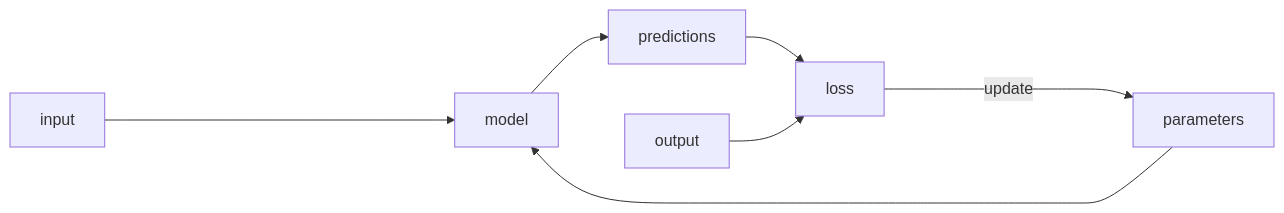
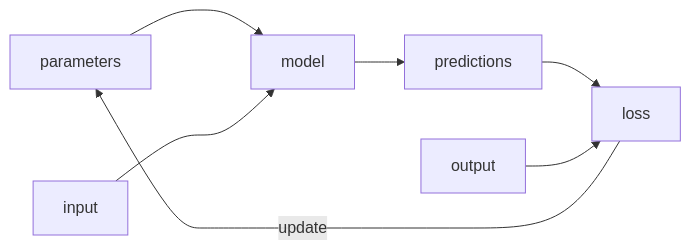
The third of 3 diagrams in _posts/2023-08-16-rivoluzione.md (nicoladerric/nicoladerric.github.io), drawn with Mermaid before and after one commit.

````diff
--- a/_posts/2023-08-16-rivoluzione.md
+++ b/_posts/2023-08-16-rivoluzione.md
@@ -31,9 +31,9 @@
 ```mermaid
 flowchart LR;
-    input --------> model;
     parameters --> model;
+    input ---> model;
     model --> predictions;
     predictions --> loss;
     output --> loss;
     loss -----> |update|parameters;
 ```
````
